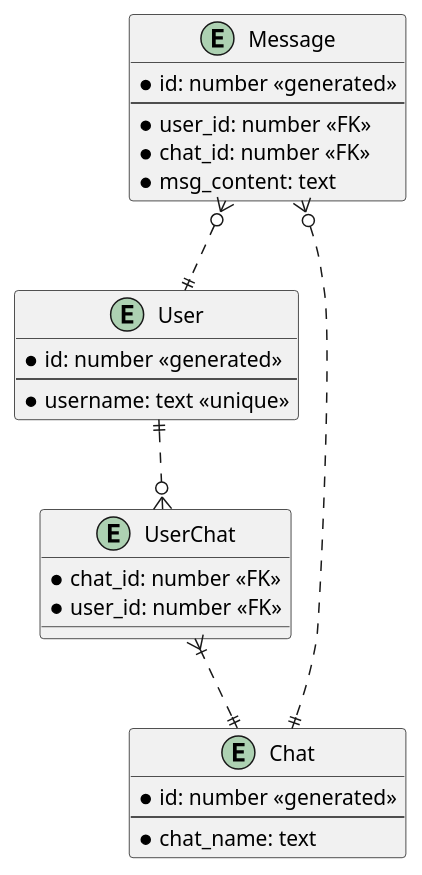
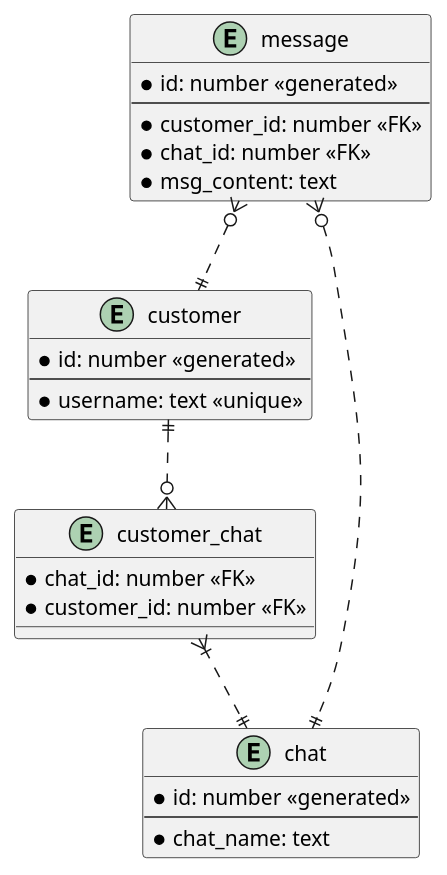
The diagram in docs/diagrams/src/rd_database.plantuml (strang3nt/Telegraft), drawn with PlantUML before and after one commit. The commit also changed 113 other files, not shown here.

```diff
--- a/docs/diagrams/src/rd_database.plantuml
+++ b/docs/diagrams/src/rd_database.plantuml
@@ -1,32 +1,32 @@
 @startuml database
-entity User {
+entity customer {
   *id: number <<generated>>
   --
   *username: text <<unique>>
 }
 
-entity Message {
+entity message {
   *id: number <<generated>>
   --
-  *user_id: number <<FK>>
+  *customer_id: number <<FK>>
   *chat_id: number <<FK>>
   *msg_content: text
 }
 
-entity UserChat {
+entity customer_chat {
   *chat_id: number <<FK>>
-  *user_id: number <<FK>>
+  *customer_id: number <<FK>>
 }
 
-entity Chat {
+entity chat {
   *id: number <<generated>>
   --
   *chat_name: text
 }
 
-User ||..o{ UserChat
-UserChat }|..|| Chat
-Message }o..|| User
-Message }o..|| Chat
+customer ||..o{ customer_chat
+customer_chat }|..|| chat
+message }o..|| customer
+message }o..|| chat
 
 @enduml
```
